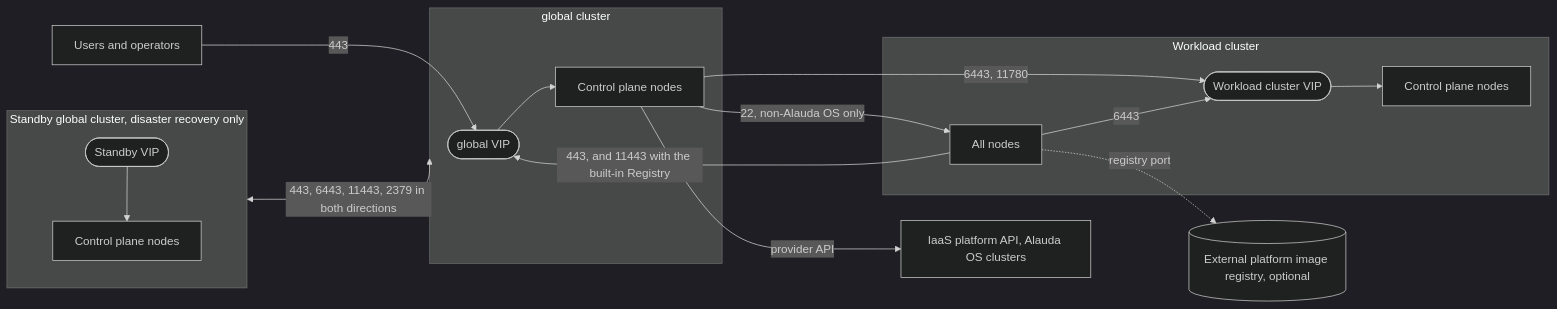
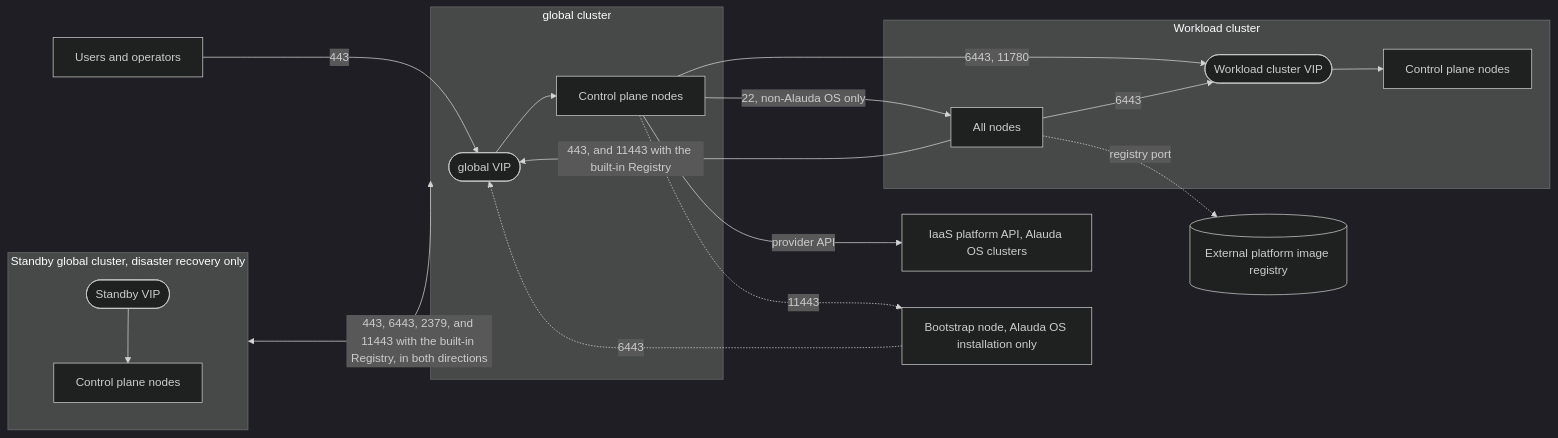
One commit to alauda/acp-docs changed the diagram in docs/en/install/prepare/communication_matrix.mdx. Above: the diagram before and after it, drawn with Mermaid (dark theme). The commit also changed other lines of this file and 6 other files, not shown here.

````diff
--- a/docs/en/install/prepare/communication_matrix.mdx
+++ b/docs/en/install/prepare/communication_matrix.mdx
@@ -27,25 +44,28 @@
 ```mermaid
 flowchart LR
     users["Users and operators"]
     subgraph primary["global cluster"]
         gvip(["global VIP"]) --> gcp["Control plane nodes"]
     end
     subgraph standby["Standby global cluster, disaster recovery only"]
         svip(["Standby VIP"]) --> scp["Control plane nodes"]
     end
     subgraph workload["Workload cluster"]
         wvip(["Workload cluster VIP"]) --> wcp["Control plane nodes"]
         wnodes["All nodes"]
     end
-    extreg[("External platform image registry, optional")]
+    extreg[("External platform image registry")]
     iaas["IaaS platform API, Alauda OS clusters"]
+    boot["Bootstrap node, Alauda OS installation only"]
 
     users -->|"443"| gvip
     gcp -->|"6443, 11780"| wvip
     gcp -->|"22, non-Alauda OS only"| wnodes
     wnodes -->|"443, and 11443 with the built-in Registry"| gvip
     wnodes -->|"6443"| wvip
-    standby <-->|"443, 6443, 11443, 2379 in both directions"| primary
+    standby <-->|"443, 6443, 2379, and 11443 with the built-in Registry, in both directions"| primary
     gcp -->|"provider API"| iaas
     wnodes -.->|"registry port"| extreg
+    boot -.->|"6443"| gvip
+    gcp -.->|"11443"| boot
 ```
````
